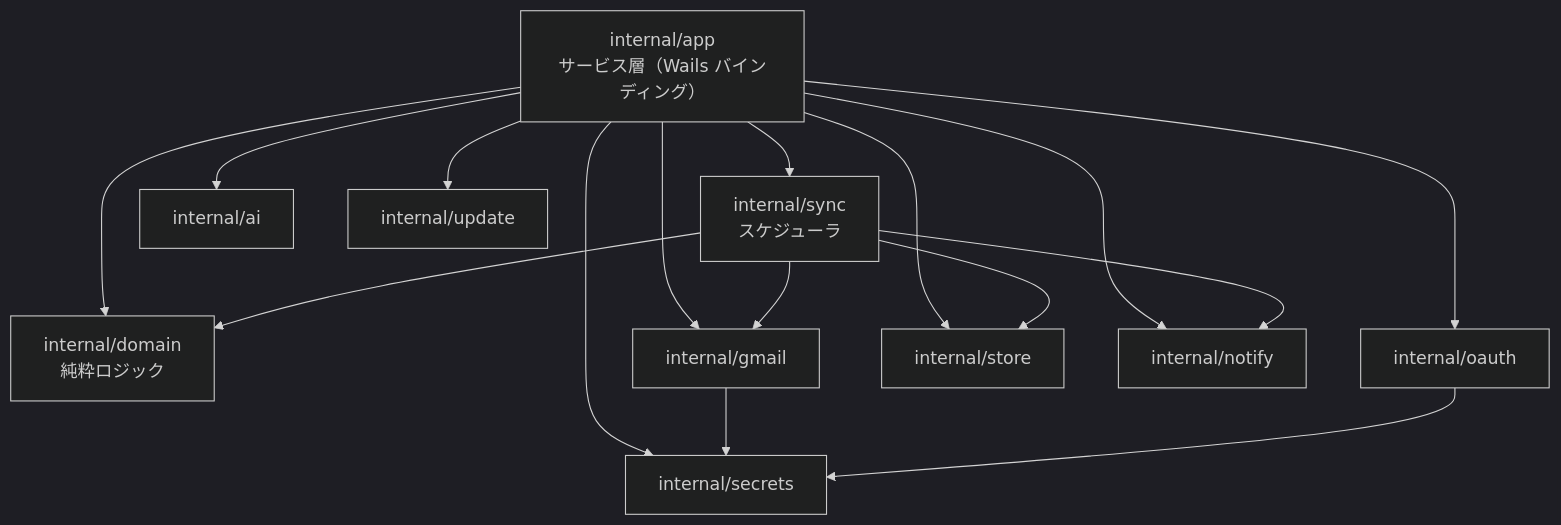
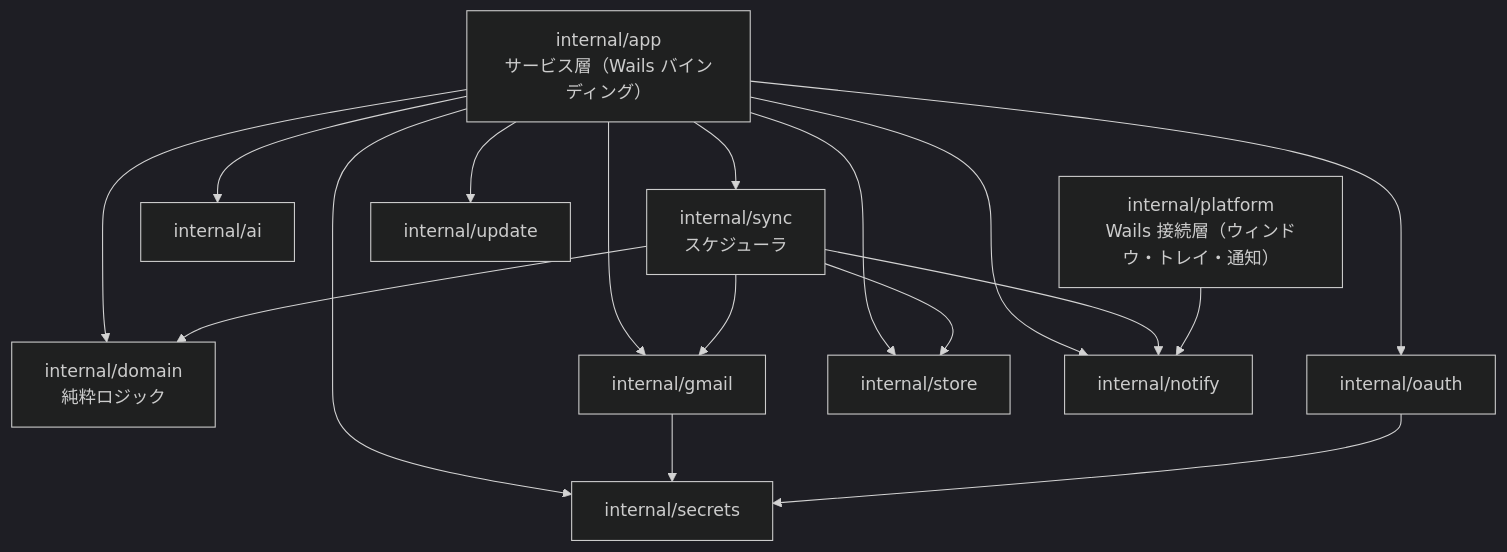
One commit to ousiassllc/hitomado changed the first of 2 diagrams in docs/components/overview.md. Above: the diagram before and after it, drawn with Mermaid (dark theme). The commit also changed other lines of this file and 1 other file, not shown here.

Commit message:
docs: architecture/components の Wails 版・組み立て場所・ビルド手順を実装に合わせる (#34, #35)

````diff
--- a/docs/components/overview.md
+++ b/docs/components/overview.md
@@ -18,29 +18,31 @@
 ```mermaid
 graph TD
   APP[internal/app<br/>サービス層（Wails バインディング）]
   SYNC[internal/sync<br/>スケジューラ]
   DOM[internal/domain<br/>純粋ロジック]
   GM[internal/gmail]
   OA[internal/oauth]
   ST[internal/store]
   SE[internal/secrets]
   AI[internal/ai]
   NT[internal/notify]
+  PF[internal/platform<br/>Wails 接続層（ウィンドウ・トレイ・通知）]
   UP[internal/update]
 
   APP --> DOM
   APP --> SYNC
   APP --> GM
   APP --> OA
   APP --> ST
   APP --> SE
   APP --> AI
   APP --> NT
   APP --> UP
   SYNC --> DOM
   SYNC --> GM
   SYNC --> ST
   SYNC --> NT
   GM --> SE
   OA --> SE
+  PF --> NT
 ```
````
